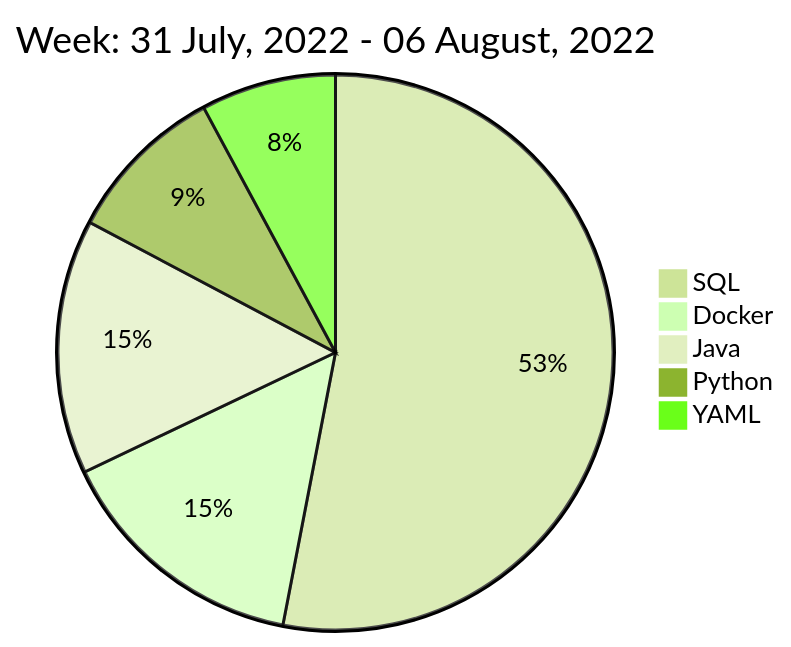
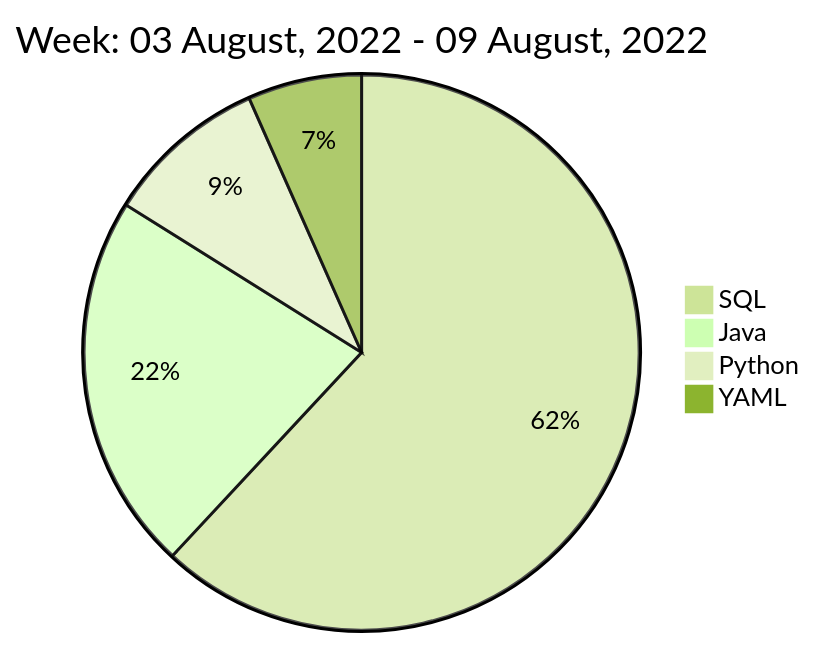
The diagram in README.md (liubin95/liubin95), drawn with Mermaid (forest theme) before and after one commit.

Commit message:
Updated the Graph with new Metrics

````diff
--- a/README.md
+++ b/README.md
@@ -40,9 +40,8 @@
 ```mermaid
  pie
-title Week: 31 July, 2022 - 06 August, 2022
- "SQL" : 8.3
- "Docker" : 2.33
- "Java" : 2.32
- "Python" : 1.47
- "YAML" : 1.23
+title Week: 03 August, 2022 - 09 August, 2022
+ "SQL" : 10.93
+ "Java" : 3.88
+ "Python" : 1.67
+ "YAML" : 1.17
 ```
````
